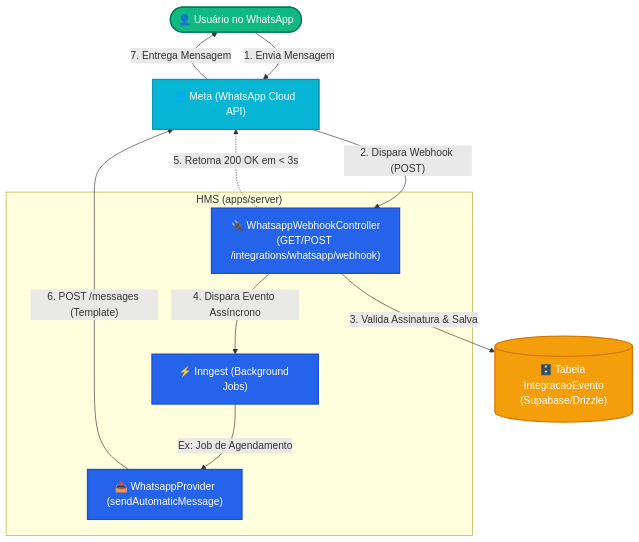
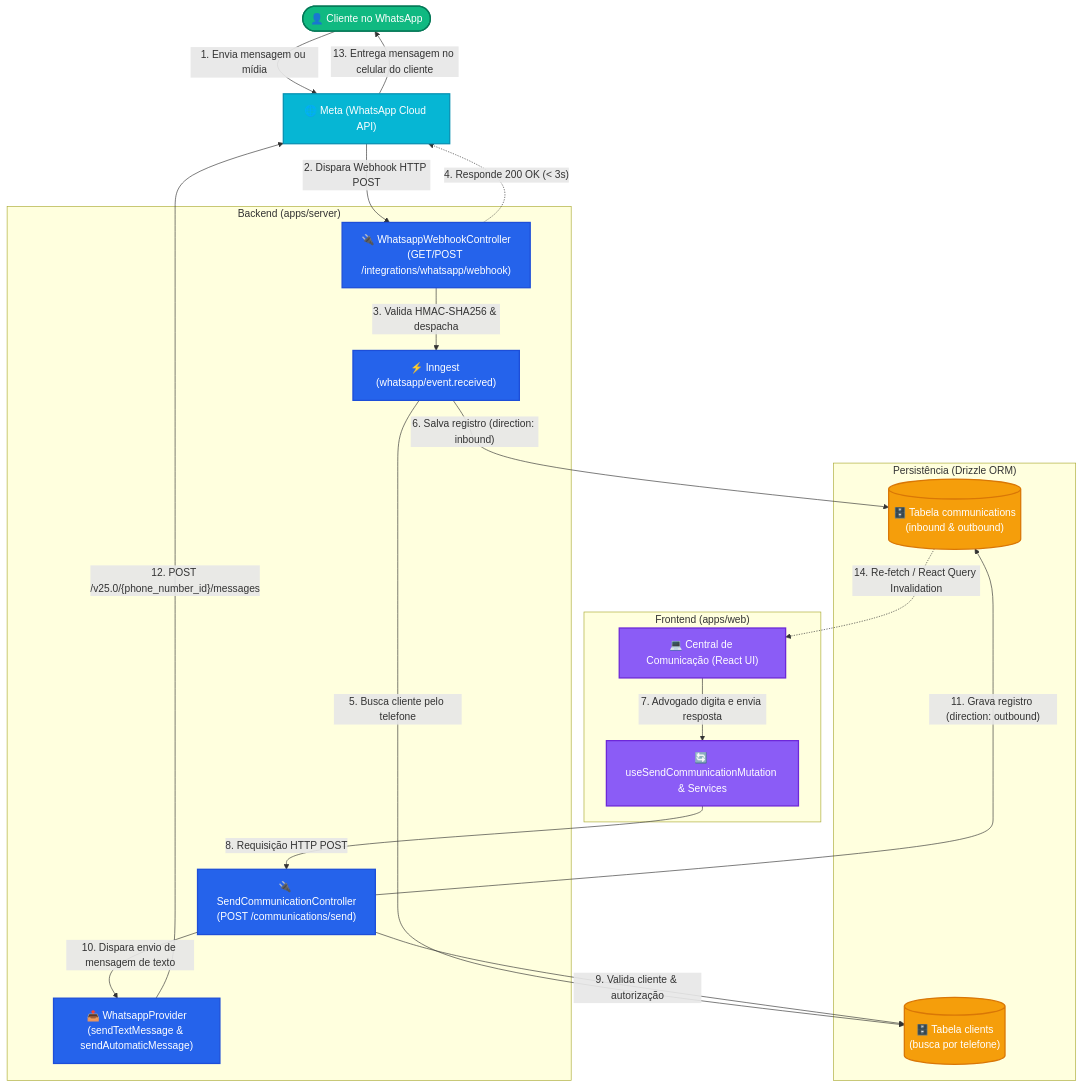
One commit to hms-society/hms changed the first of 2 diagrams in apps/server/src/shared/communication/webhook-mermaid.md. Above: the diagram before and after it, drawn with Mermaid. The commit also changed other lines of this file, not shown here.

Commit message:
docs(server): update WhatsApp unified inbound and outbound flow diagrams

````diff
--- a/apps/server/src/shared/communication/webhook-mermaid.md
+++ b/apps/server/src/shared/communication/webhook-mermaid.md
@@ -5,32 +11,53 @@
 ```mermaid
 graph TD
-    %% Estilos Gerais
-    classDef hms fill:#2563eb,stroke:#1d4ed8,color:#ffffff,stroke-width:2px;
+    %% Estilos de nós
+    classDef client fill:#10b981,stroke:#047857,color:#ffffff,stroke-width:2px;
     classDef meta fill:#06b6d4,stroke:#0891b2,color:#ffffff,stroke-width:2px;
-    classDef user fill:#10b981,stroke:#047857,color:#ffffff,stroke-width:2px;
-    classDef database fill:#f59e0b,stroke:#d97706,color:#ffffff,stroke-width:2px;
+    classDef server fill:#2563eb,stroke:#1d4ed8,color:#ffffff,stroke-width:2px;
+    classDef web fill:#8b5cf6,stroke:#6d28d9,color:#ffffff,stroke-width:2px;
+    classDef db fill:#f59e0b,stroke:#d97706,color:#ffffff,stroke-width:2px;
 
-    %% Elementos
-    User(["👤 Usuário no WhatsApp"]):::user
-    Meta["🌐 Meta (WhatsApp Cloud API)"]:::meta
-    
-    subgraph HMS_App ["HMS (apps/server)"]
-        Controller["🔌 WhatsappWebhookController<br/>(GET/POST /integrations/whatsapp/webhook)"]:::hms
-        Provider["📤 WhatsappProvider<br/>(sendAutomaticMessage)"]:::hms
-        Inngest["⚡ Inngest (Background Jobs)"]:::hms
+    %% Atores e Plataformas Externas
+    Cliente(["👤 Cliente no WhatsApp"]):::client
+    MetaAPI["🌐 Meta (WhatsApp Cloud API)"]:::meta
+
+    %% Frontend (Web App)
+    subgraph Web_App ["Frontend (apps/web)"]
+        ChatUI["💻 Central de Comunicação (React UI)"]:::web
+        ReactQuery["🔄 useSendCommunicationMutation & Services"]:::web
     end
 
-    DB[("🗄️ Tabela IntegracaoEvento<br/>(Supabase/Drizzle)")]:::database
+    %% Backend (Server App)
+    subgraph HMS_Server ["Backend (apps/server)"]
+        WebhookCtrl["🔌 WhatsappWebhookController<br/>(GET/POST /integrations/whatsapp/webhook)"]:::server
+        SendCtrl["🔌 SendCommunicationController<br/>(POST /communications/send)"]:::server
+        InngestJob["⚡ Inngest (whatsapp/event.received)"]:::server
+        WhatsappProv["📤 WhatsappProvider<br/>(sendTextMessage & sendAutomaticMessage)"]:::server
+    end
 
-    %% Fluxo de Entrada (Inbound)
-    User -->|"1. Envia Mensagem"| Meta
-    Meta -->|"2. Dispara Webhook (POST)"| Controller
-    Controller -->|"3. Valida Assinatura & Salva"| DB
-    Controller -->|"4. Dispara Evento Assíncrono"| Inngest
-    Controller -.->|"5. Retorna 200 OK em < 3s"| Meta
+    %% Banco de Dados
+    subgraph Database ["Persistência (Drizzle ORM)"]
+        DBCommunications[("🗄️ Tabela communications<br/>(inbound & outbound)")]:::db
+        DBClients[("🗄️ Tabela clients<br/>(busca por telefone)")]:::db
+    end
 
-    %% Fluxo de Saída (Outbound)
-    Inngest -->|"Ex: Job de Agendamento"| Provider
-    Provider -->|"6. POST /messages (Template)"| Meta
-    Meta -->|"7. Entrega Mensagem"| User
+    %% FLUXO INBOUND (Entrada)
+    Cliente -->|"1. Envia mensagem ou mídia"| MetaAPI
+    MetaAPI -->|"2. Dispara Webhook HTTP POST"| WebhookCtrl
+    WebhookCtrl -->|"3. Valida HMAC-SHA256 & despacha"| InngestJob
+    WebhookCtrl -.->|"4. Responde 200 OK (< 3s)"| MetaAPI
+    InngestJob -->|"5. Busca cliente pelo telefone"| DBClients
+    InngestJob -->|"6. Salva registro (direction: inbound)"| DBCommunications
+
+    %% FLUXO OUTBOUND (Saída Manual via UI)
+    ChatUI -->|"7. Advogado digita e envia resposta"| ReactQuery
+    ReactQuery -->|"8. Requisição HTTP POST"| SendCtrl
+    SendCtrl -->|"9. Valida cliente & autorização"| DBClients
+    SendCtrl -->|"10. Dispara envio de mensagem de texto"| WhatsappProv
+    SendCtrl -->|"11. Grava registro (direction: outbound)"| DBCommunications
+    WhatsappProv -->|"12. POST /v25.0/{phone_number_id}/messages"| MetaAPI
+    MetaAPI -->|"13. Entrega mensagem no celular do cliente"| Cliente
+
+    %% ATUALIZAÇÃO REATIVA DA UI
+    DBCommunications -.->|"14. Re-fetch / React Query Invalidation"| ChatUI
 ```
````
